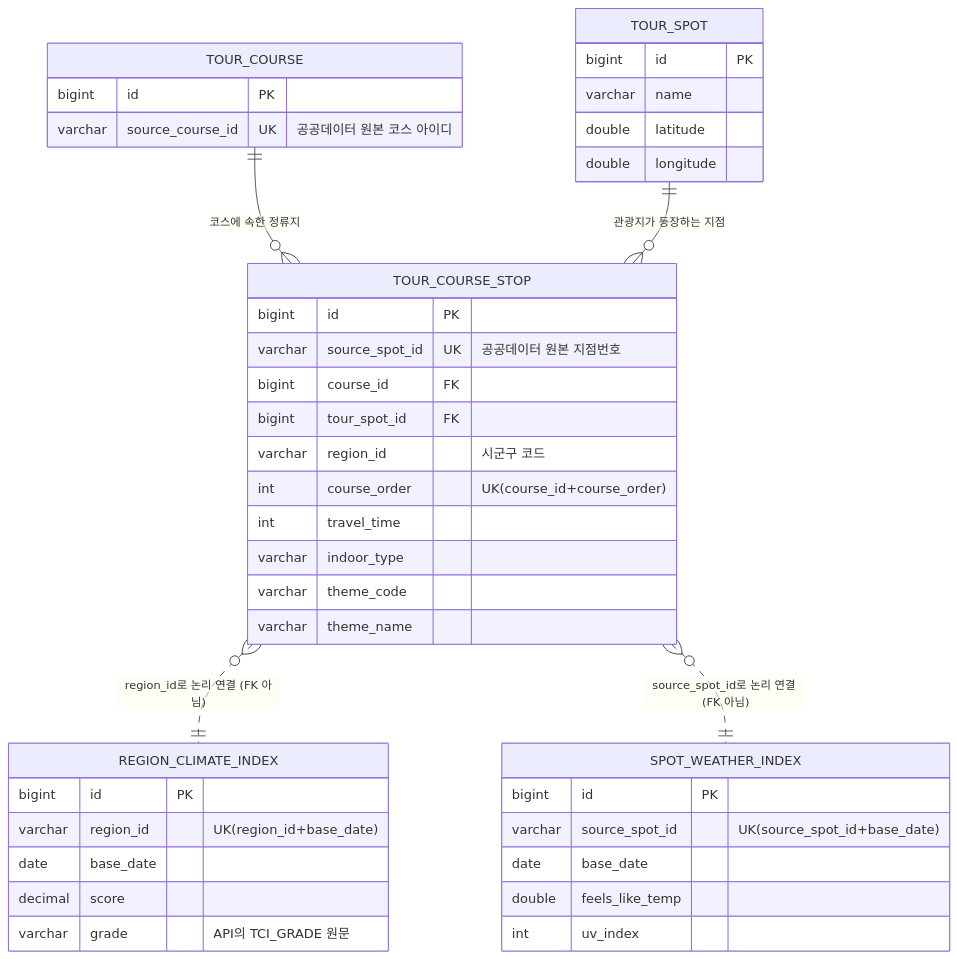
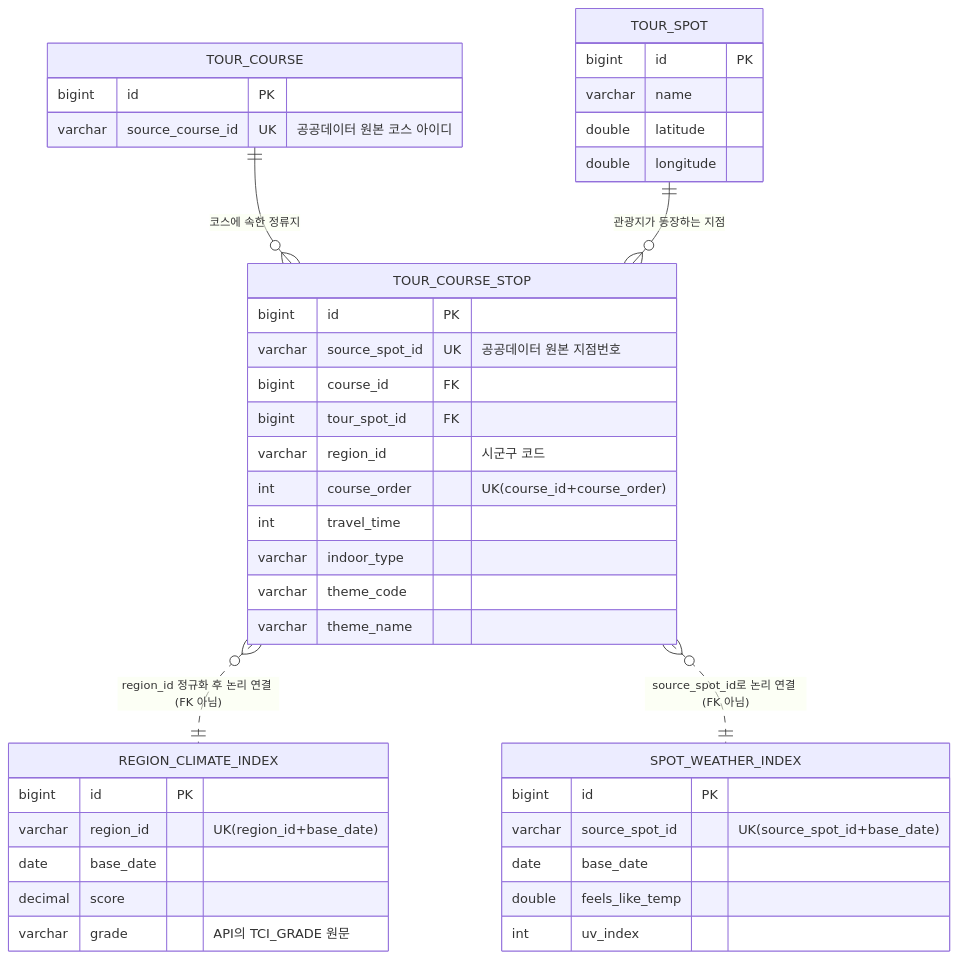
One commit to Pdar124/TripCast-was changed the diagram in docs/db-table-spec.md. Above: the diagram before and after it, drawn with Mermaid. The commit also changed other lines of this file and 1 other file, not shown here.

Commit message:
docs: 관광기후지수 지역 코드 정규화 설명 보강 및 문서 링크 추가

````diff
--- a/docs/db-table-spec.md
+++ b/docs/db-table-spec.md
@@ -8,48 +8,48 @@
 ```mermaid
 erDiagram
     TOUR_COURSE ||--o{ TOUR_COURSE_STOP : "코스에 속한 정류지"
     TOUR_SPOT ||--o{ TOUR_COURSE_STOP : "관광지가 등장하는 지점"
-    TOUR_COURSE_STOP }o..|| REGION_CLIMATE_INDEX : "region_id로 논리 연결 (FK 아님)"
+    TOUR_COURSE_STOP }o..|| REGION_CLIMATE_INDEX : "region_id 정규화 후 논리 연결 (FK 아님)"
     TOUR_COURSE_STOP }o..|| SPOT_WEATHER_INDEX : "source_spot_id로 논리 연결 (FK 아님)"
 
     TOUR_SPOT {
         bigint id PK
         varchar name
         double latitude
         double longitude
     }
 
     TOUR_COURSE {
         bigint id PK
         varchar source_course_id UK "공공데이터 원본 코스 아이디"
     }
 
     TOUR_COURSE_STOP {
         bigint id PK
         varchar source_spot_id UK "공공데이터 원본 지점번호"
         bigint course_id FK
         bigint tour_spot_id FK
         varchar region_id "시군구 코드"
         int course_order "UK(course_id+course_order)"
         int travel_time
         varchar indoor_type
         varchar theme_code
         varchar theme_name
     }
 
     REGION_CLIMATE_INDEX {
         bigint id PK
         varchar region_id "UK(region_id+base_date)"
         date base_date
         decimal score
         varchar grade "API의 TCI_GRADE 원문"
     }
 
     SPOT_WEATHER_INDEX {
         bigint id PK
         varchar source_spot_id "UK(source_spot_id+base_date)"
         date base_date
         double feels_like_temp
         int uv_index
     }
 ```
````
